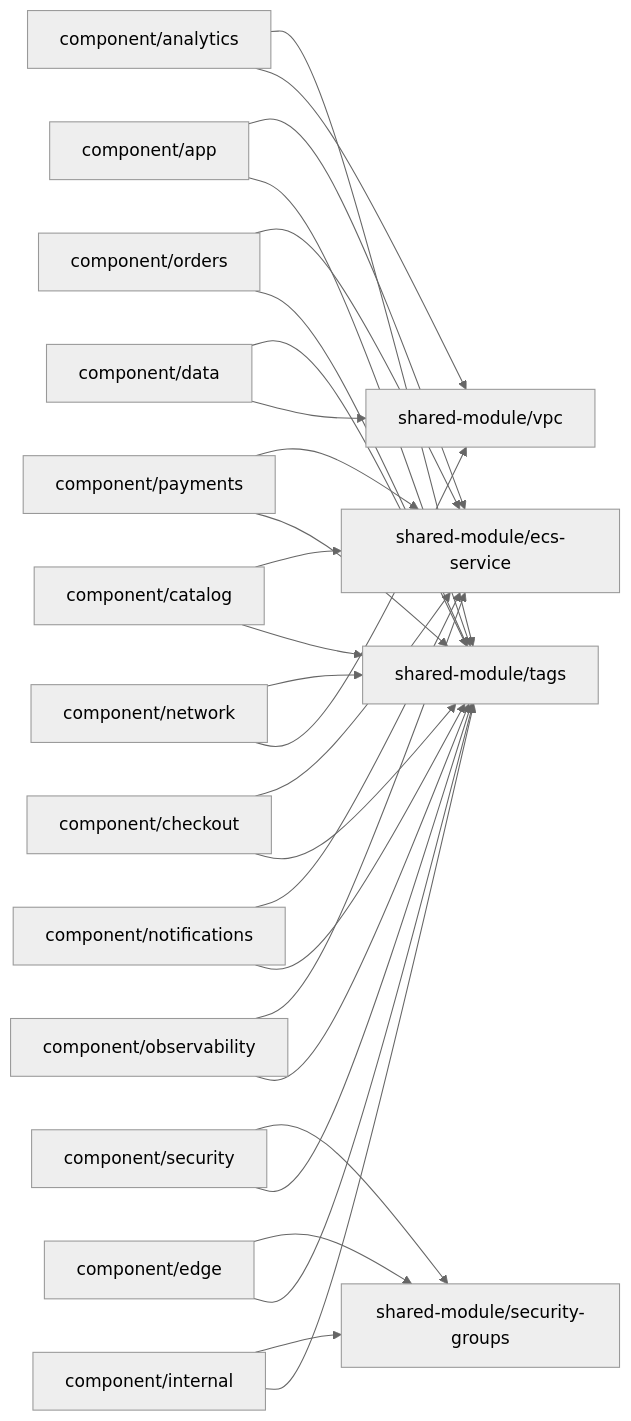
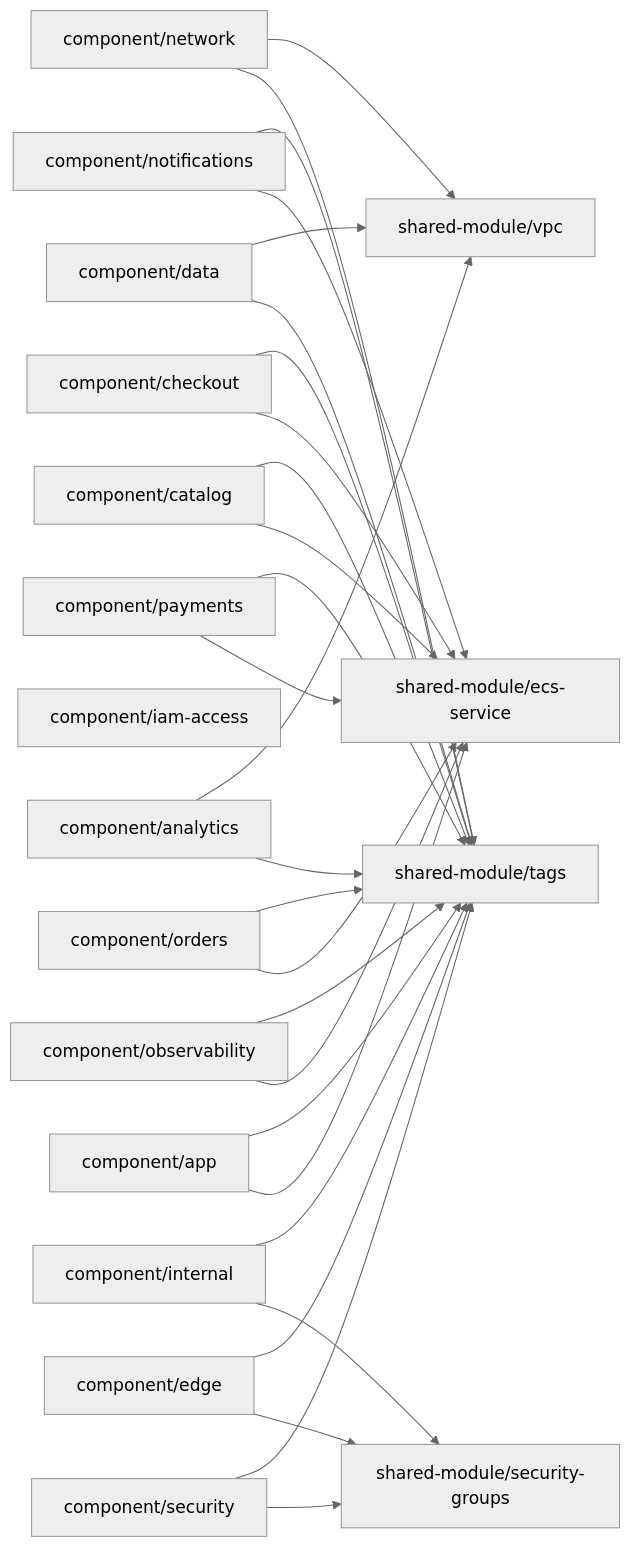
One commit to VladimirCacicArapovic/tf2okf changed the diagram in examples/tfscaffold/.okf/generated/topology.md. Above: the diagram before and after it, drawn with Mermaid (neutral theme). The commit also changed other lines of this file and 133 other files, not shown here.

````diff
--- a/examples/tfscaffold/.okf/generated/topology.md
+++ b/examples/tfscaffold/.okf/generated/topology.md
@@ -69,46 +72,47 @@
 ```mermaid
 graph LR
   n0["component/analytics"]
   n1["component/app"]
   n2["component/catalog"]
   n3["component/checkout"]
   n4["component/data"]
   n5["component/edge"]
-  n6["component/internal"]
-  n7["component/network"]
-  n8["component/notifications"]
-  n9["component/observability"]
-  n10["component/orders"]
-  n11["component/payments"]
-  n12["component/security"]
-  n13["shared-module/ecs-service"]
-  n14["shared-module/security-groups"]
-  n15["shared-module/tags"]
-  n16["shared-module/vpc"]
-  n0 --> n15
+  n6["component/iam-access"]
+  n7["component/internal"]
+  n8["component/network"]
+  n9["component/notifications"]
+  n10["component/observability"]
+  n11["component/orders"]
+  n12["component/payments"]
+  n13["component/security"]
+  n14["shared-module/ecs-service"]
+  n15["shared-module/security-groups"]
+  n16["shared-module/tags"]
+  n17["shared-module/vpc"]
   n0 --> n16
-  n1 --> n13
-  n1 --> n15
-  n10 --> n13
-  n10 --> n15
-  n11 --> n13
-  n11 --> n15
+  n0 --> n17
+  n1 --> n14
+  n1 --> n16
+  n10 --> n14
+  n10 --> n16
+  n11 --> n14
+  n11 --> n16
   n12 --> n14
-  n12 --> n15
-  n2 --> n13
-  n2 --> n15
-  n3 --> n13
-  n3 --> n15
-  n4 --> n15
+  n12 --> n16
+  n13 --> n15
+  n13 --> n16
+  n2 --> n14
+  n2 --> n16
+  n3 --> n14
+  n3 --> n16
   n4 --> n16
-  n5 --> n14
+  n4 --> n17
   n5 --> n15
-  n6 --> n14
-  n6 --> n15
+  n5 --> n16
   n7 --> n15
   n7 --> n16
-  n8 --> n13
-  n8 --> n15
-  n9 --> n13
-  n9 --> n15
+  n8 --> n16
+  n8 --> n17
+  n9 --> n14
+  n9 --> n16
 ```
````
